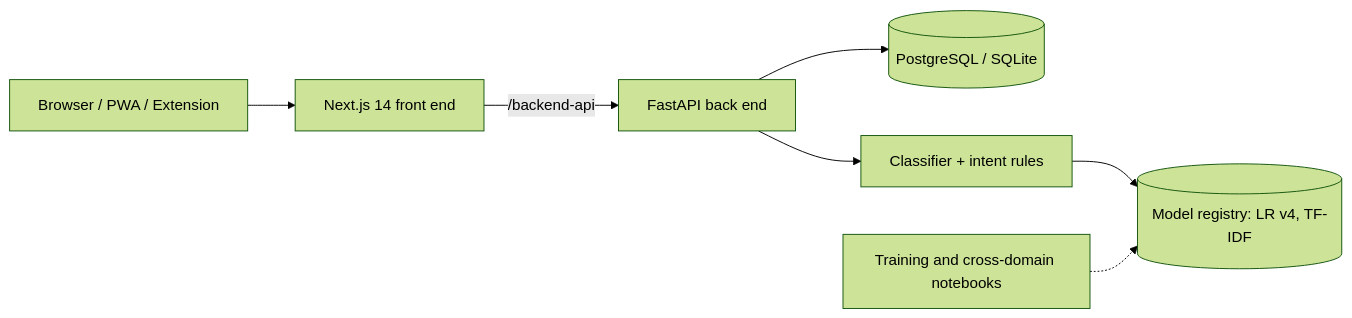
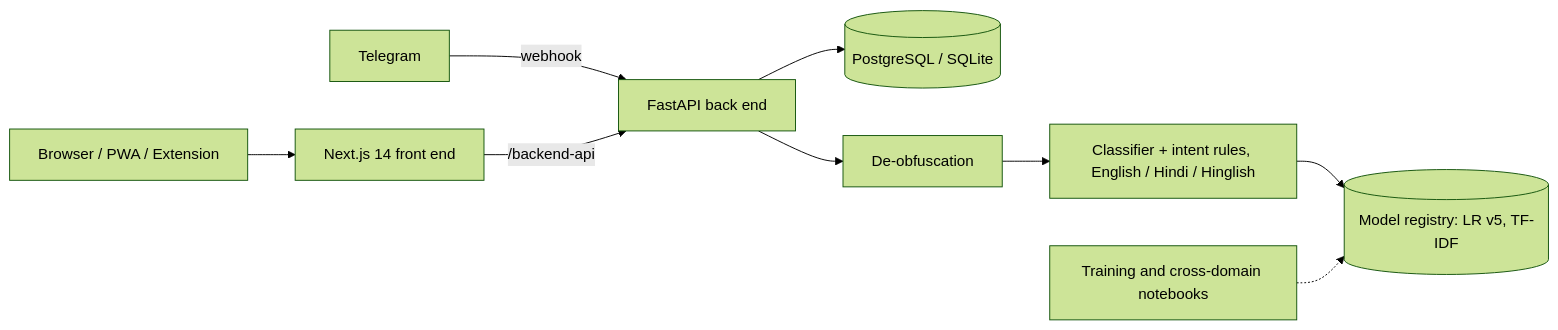
One commit to priyamthakur275/ScamGuard-AI changed the diagram in README.md. Above: the diagram before and after it, drawn with Mermaid (forest theme). The commit also changed other lines of this file and 2 other files, not shown here.

Commit message:
v2: README results, v2 summary and model card

````diff
--- a/README.md
+++ b/README.md
@@ -89,9 +108,11 @@
 ```mermaid
 graph LR
     U[Browser / PWA / Extension] --> F[Next.js 14 front end]
+    T[Telegram] -->|webhook| B
     F -->|/backend-api| B[FastAPI back end]
     B --> D[(PostgreSQL / SQLite)]
-    B --> M[Classifier + intent rules]
-    M --> R[(Model registry: LR v4, TF-IDF)]
+    B --> X[De-obfuscation]
+    X --> M[Classifier + intent rules, English / Hindi / Hinglish]
+    M --> R[(Model registry: LR v5, TF-IDF)]
     N[Training and cross-domain notebooks] -.-> R
 ```
````
